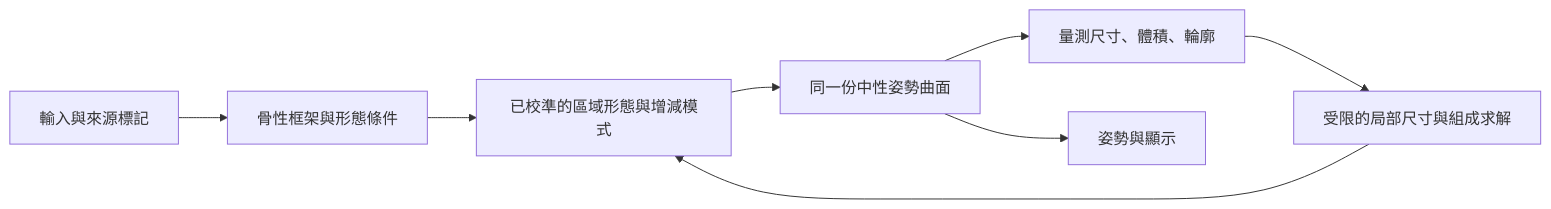
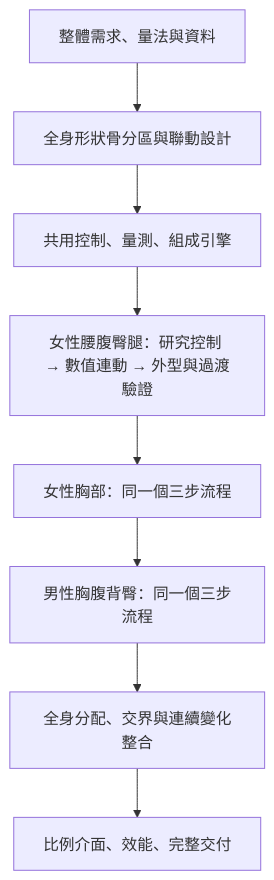
Before and after one commit to asasasdad0329/bodyref: the diagram in docs/SHAPE_CONTROL_PLAN.md, drawn with Mermaid. The commit also changed other lines of this file and 2 other files, not shown here.

First line of the commit message:
Redesign the whole-system implementation sequence

````diff
--- a/docs/SHAPE_CONTROL_PLAN.md
+++ b/docs/SHAPE_CONTROL_PLAN.md
@@ -50,10 +52,10 @@
 ```mermaid
-flowchart LR
-  I[輸入與來源標記] --> B[骨性框架與形態條件]
-  B --> K[已校準的區域形態與增減模式]
-  K --> S[同一份中性姿勢曲面]
-  S --> M[量測尺寸、體積、輪廓]
-  M --> C[受限的局部尺寸與組成求解]
-  C --> K
-  S --> P[姿勢與顯示]
+flowchart TD
+  A[整體需求、量法與資料] --> B[全身形狀骨分區與聯動設計]
+  B --> C[共用控制、量測、組成引擎]
+  C --> D[女性腰腹臀腿：研究控制 → 數值連動 → 外型與過渡驗證]
+  D --> E[女性胸部：同一個三步流程]
+  E --> F[男性胸腹背臀：同一個三步流程]
+  F --> G[全身分配、交界與連續變化整合]
+  G --> H[比例介面、效能、完整交付]
 ```
````
